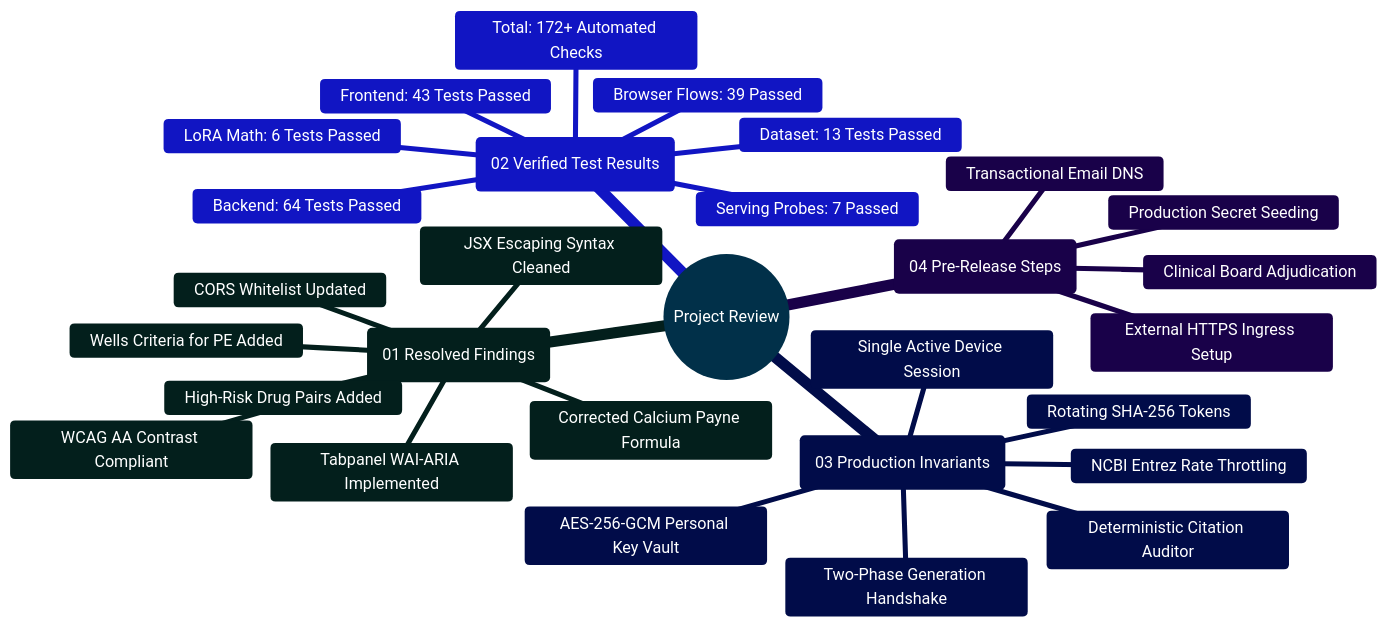
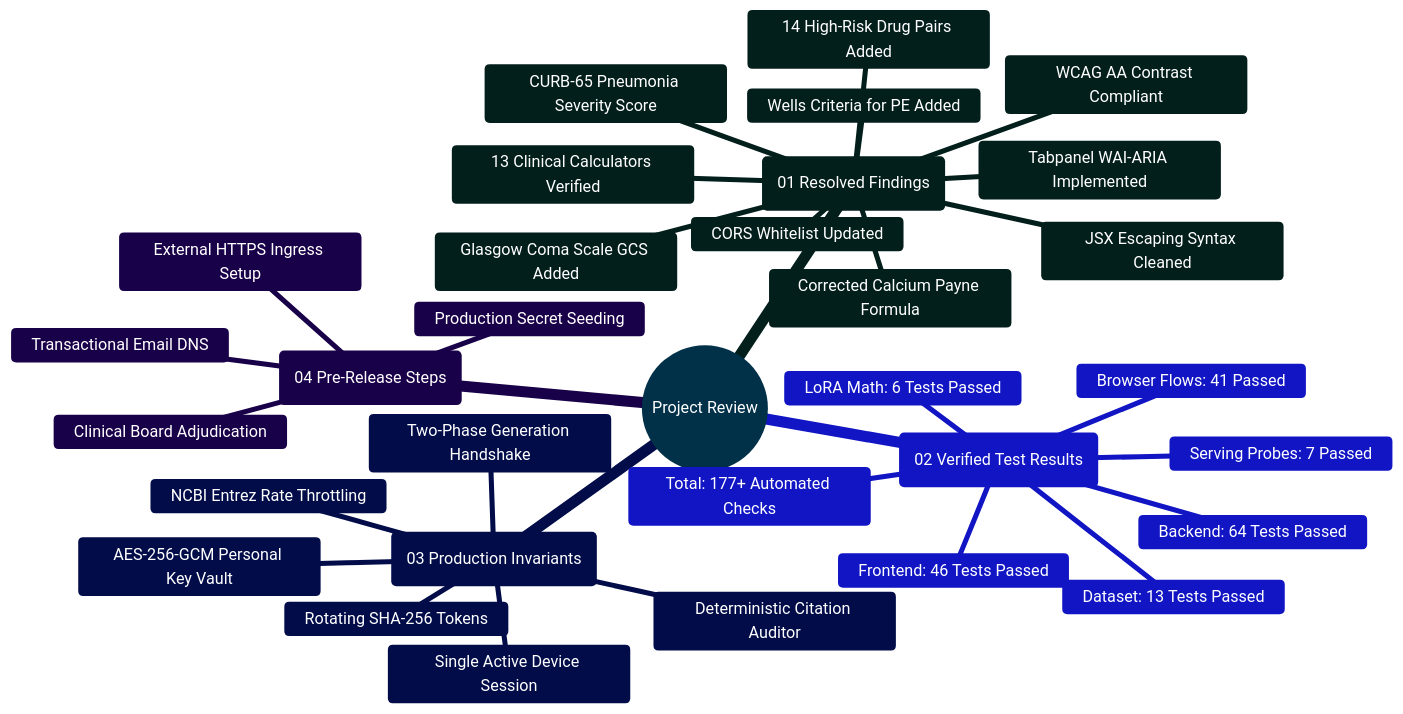
One commit to Ganesh172919/React-App-LLM changed the diagram in output/project-review/PROJECT_ANALYSIS.md. Above: the diagram before and after it, drawn with Mermaid. The commit also changed other lines of this file and 1 other file, not shown here.

Commit message:
docs: enrich AI principles with 13 calculators and update project analysis verification metrics

````diff
--- a/output/project-review/PROJECT_ANALYSIS.md
+++ b/output/project-review/PROJECT_ANALYSIS.md
@@ -66,34 +66,37 @@
 ```mermaid
 %%{init: {'theme': 'base', 'themeVariables': { 'primaryColor': '#0284c7', 'primaryTextColor': '#ffffff', 'primaryBorderColor': '#0369a1', 'lineColor': '#0284c7', 'secondaryColor': '#0d9488', 'tertiaryColor': '#6366f1' }}}%%
 mindmap
   root((Project Review))
     ::icon(fa fa-check-double)
     (01 Resolved Findings)
       JSX Escaping Syntax Cleaned
       CORS Whitelist Updated
-      High-Risk Drug Pairs Added
+      14 High-Risk Drug Pairs Added
+      13 Clinical Calculators Verified
       Corrected Calcium Payne Formula
       Wells Criteria for PE Added
+      CURB-65 Pneumonia Severity Score
+      Glasgow Coma Scale GCS Added
       Tabpanel WAI-ARIA Implemented
       WCAG AA Contrast Compliant
     (02 Verified Test Results)
       Backend: 64 Tests Passed
-      Frontend: 43 Tests Passed
+      Frontend: 46 Tests Passed
       Dataset: 13 Tests Passed
       LoRA Math: 6 Tests Passed
       Serving Probes: 7 Passed
-      Browser Flows: 39 Passed
-      Total: 172+ Automated Checks
+      Browser Flows: 41 Passed
+      Total: 177+ Automated Checks
     (03 Production Invariants)
       Single Active Device Session
       Rotating SHA-256 Tokens
       AES-256-GCM Personal Key Vault
       Two-Phase Generation Handshake
       Deterministic Citation Auditor
       NCBI Entrez Rate Throttling
     (04 Pre-Release Steps)
       External HTTPS Ingress Setup
       Production Secret Seeding
       Transactional Email DNS
       Clinical Board Adjudication
 ```
````
